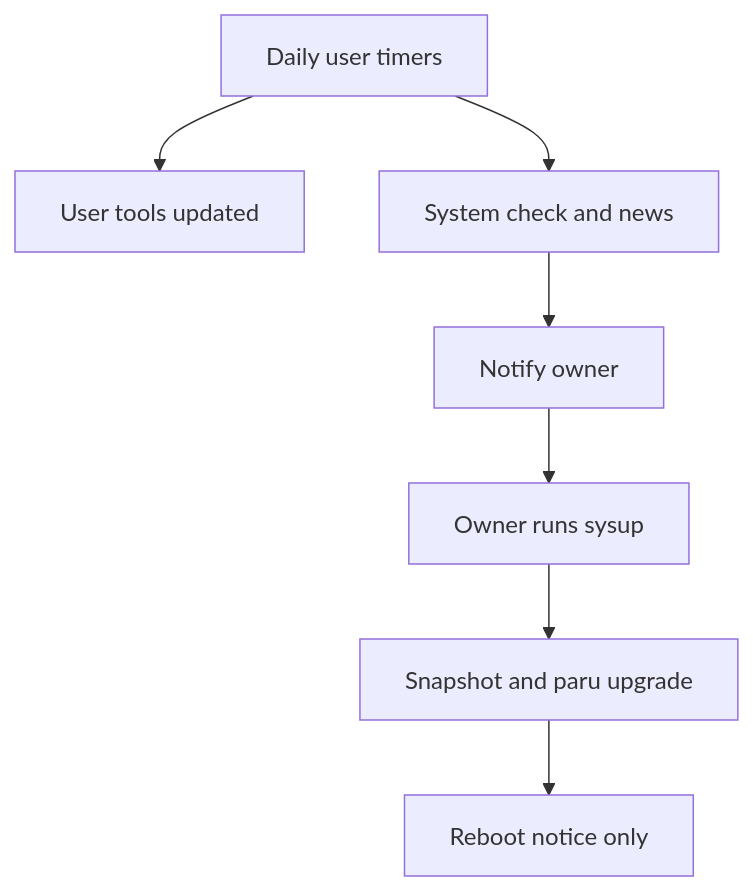
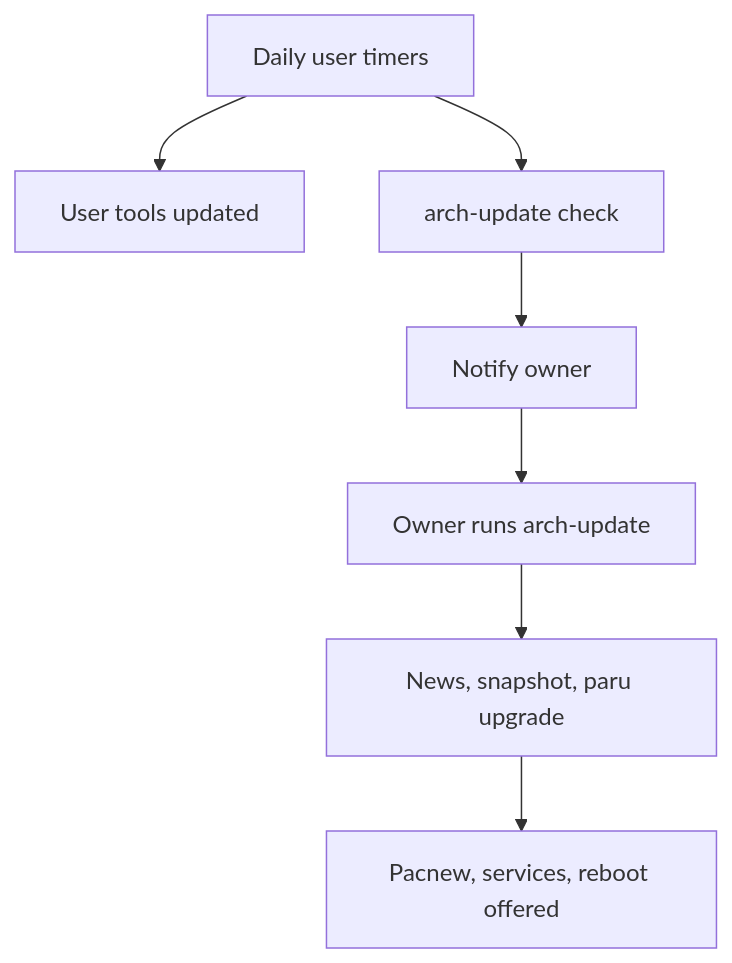
The diagram in logics/product/prod_006_automatic_machine_updates.md (Nicolas-Rigaudy/archeotech-dotfiles), drawn with Mermaid before and after one commit. The commit also changed other lines of this file and 9 other files, not shown here.

Commit message:
chg[MD]: req_013 system tier uses arch-update; sysup item obsolete

````diff
--- a/logics/product/prod_006_automatic_machine_updates.md
+++ b/logics/product/prod_006_automatic_machine_updates.md
@@ -13,11 +14,11 @@
 ```mermaid
 %% logics-kind: product
 %% logics-signature: product|automatic_machine_updates|generated
 flowchart TD
     Timer[Daily user timers] --> Tools[User tools updated]
-    Timer --> Check[System check and news]
+    Timer --> Check[arch-update check]
     Check --> Notify[Notify owner]
-    Notify --> Sysup[Owner runs sysup]
-    Sysup --> Snap[Snapshot and paru upgrade]
-    Snap --> Reboot[Reboot notice only]
+    Notify --> Run[Owner runs arch-update]
+    Run --> Snap[News, snapshot, paru upgrade]
+    Snap --> Reboot[Pacnew, services, reboot offered]
 ```
````
